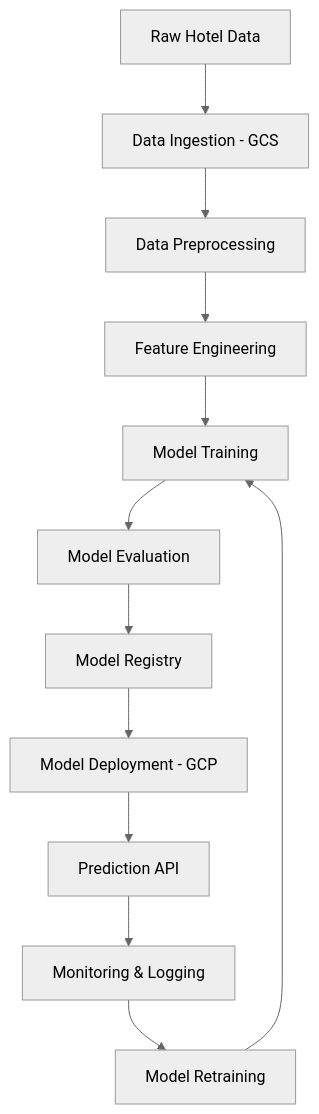
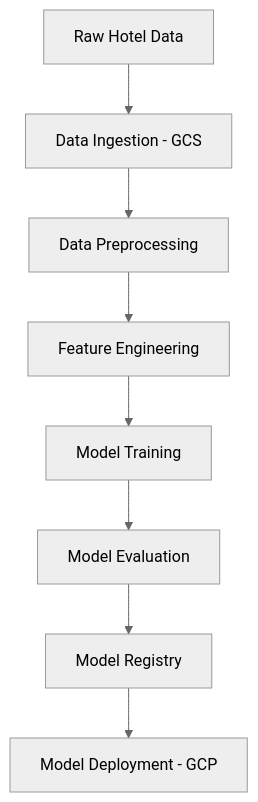
Before and after one commit to EmVegito/MLOPS_PROJECT_1: the diagram in README.md, drawn with Mermaid (neutral theme). The commit also changed other lines of this file and 1 other file, not shown here.

Commit message:
readme edit

````diff
--- a/README.md
+++ b/README.md
@@ -41,14 +41,10 @@
 ```mermaid
 graph TD
     A[Raw Hotel Data] --> B[Data Ingestion - GCS]
     B --> C[Data Preprocessing]
     C --> D[Feature Engineering]
     D --> E[Model Training]
     E --> F[Model Evaluation]
     F --> G[Model Registry]
     G --> H[Model Deployment - GCP]
-    H --> I[Prediction API]
-    I --> J[Monitoring & Logging]
-    J --> K[Model Retraining]
-    K --> E
 ```
````
